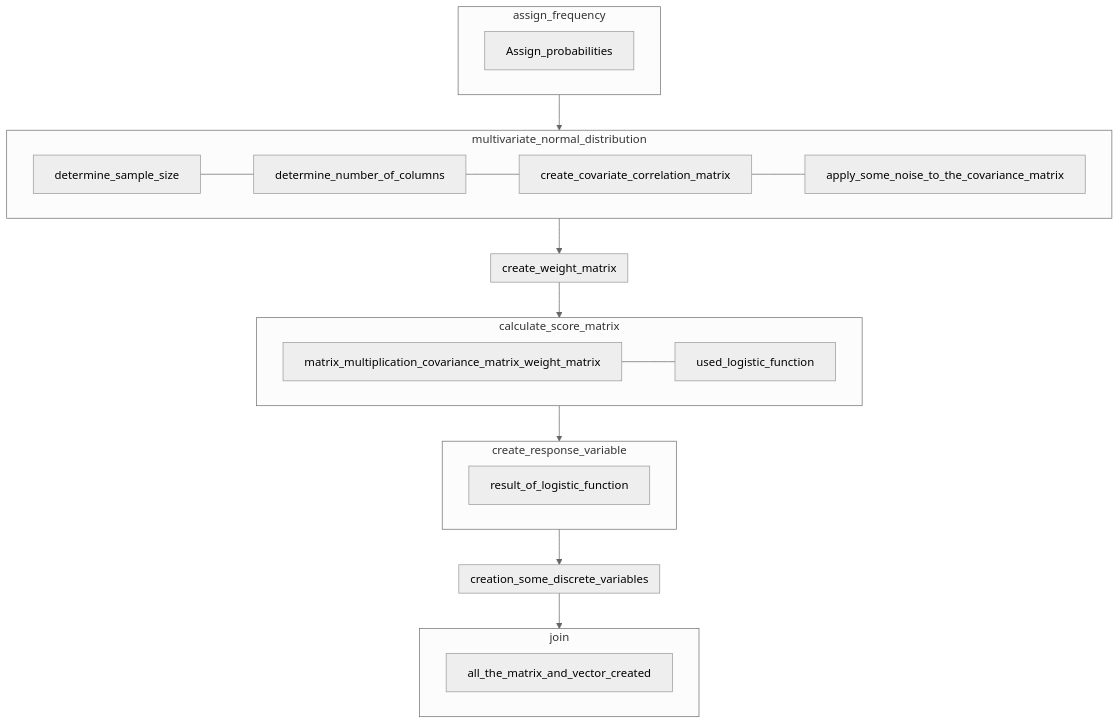
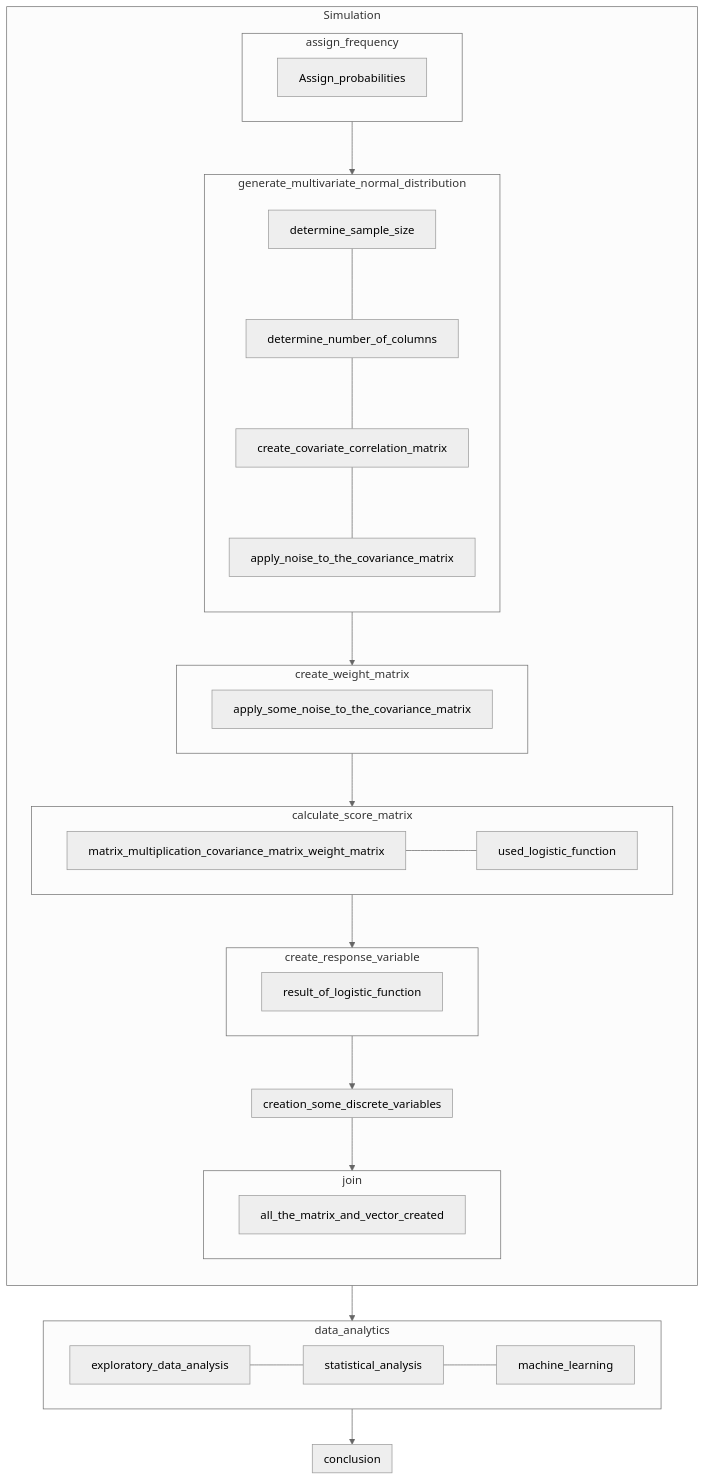
Before and after one commit to kmink3225/website: the second of 2 diagrams in docs/projects/high_dimension/description.qmd, drawn with Mermaid (neutral theme). The commit also changed other lines of this file and 5 other files, not shown here.

Commit message:
architecture added in projects/decription

````diff
--- a/docs/projects/high_dimension/description.qmd
+++ b/docs/projects/high_dimension/description.qmd
@@ -154,38 +191,51 @@
 ```{mermaid}
-%%| fig-width: 5
+%%| fig-width: 7.5
 flowchart TB
-    subgraph assign_frequency
+    subgraph Simulation
+        direction TB
+        subgraph assign_frequency
         direction LR
         Assign_probabilities     
+        end
+        subgraph generate_multivariate_normal_distribution
+            direction TB
+            determine_sample_size ---
+            determine_number_of_columns---
+            create_covariate_correlation_matrix---
+            apply_noise_to_the_covariance_matrix
+        end
+        subgraph create_weight_matrix
+            direction LR
+            apply_some_noise_to_the_covariance_matrix
+        end
+        subgraph calculate_score_matrix
+            direction LR
+            matrix_multiplication_covariance_matrix_weight_matrix---
+            used_logistic_function
+        end
+        subgraph create_response_variable
+            direction LR
+            result_of_logistic_function
+        end
+        subgraph creation_some_discrete_variables
+            direction LR       
+        end
+        subgraph join
+            direction LR
+            all_the_matrix_and_vector_created       
+        end
+        assign_frequency-->generate_multivariate_normal_distribution-->create_weight_matrix-->
+        calculate_score_matrix-->create_response_variable-->creation_some_discrete_variables-->
+        join
     end
-    subgraph multivariate_normal_distribution
+    subgraph data_analytics
         direction LR
-        determine_sample_size ---
-        determine_number_of_columns---
-        create_covariate_correlation_matrix---
-        apply_some_noise_to_the_covariance_matrix
+        exploratory_data_analysis---
+        statistical_analysis---
+        machine_learning
     end
-    subgraph create_weight_matrix
+    subgraph conclusion
         direction LR
-        apply_some_noise_to_the_covariance_matrix
     end
-    subgraph calculate_score_matrix
-        direction LR
-        matrix_multiplication_covariance_matrix_weight_matrix---
-        used_logistic_function
-    end
-    subgraph create_response_variable
-        direction LR
-        result_of_logistic_function
-    end
-    subgraph creation_some_discrete_variables
-        direction LR       
-    end
-    subgraph join
-        direction LR
-        all_the_matrix_and_vector_created       
-    end
-    assign_frequency-->multivariate_normal_distribution-->create_weight_matrix-->
-    calculate_score_matrix-->create_response_variable-->creation_some_discrete_variables-->
-    join
+    Simulation-->data_analytics-->conclusion
 ```
````
